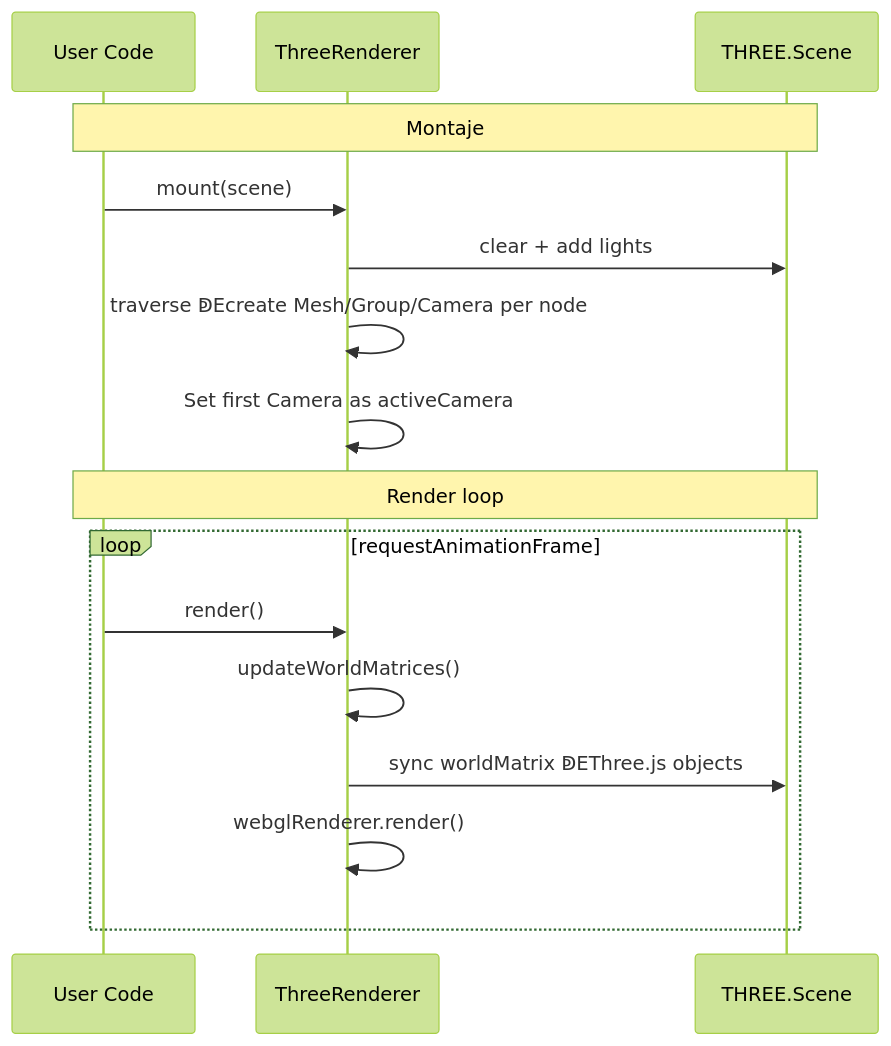
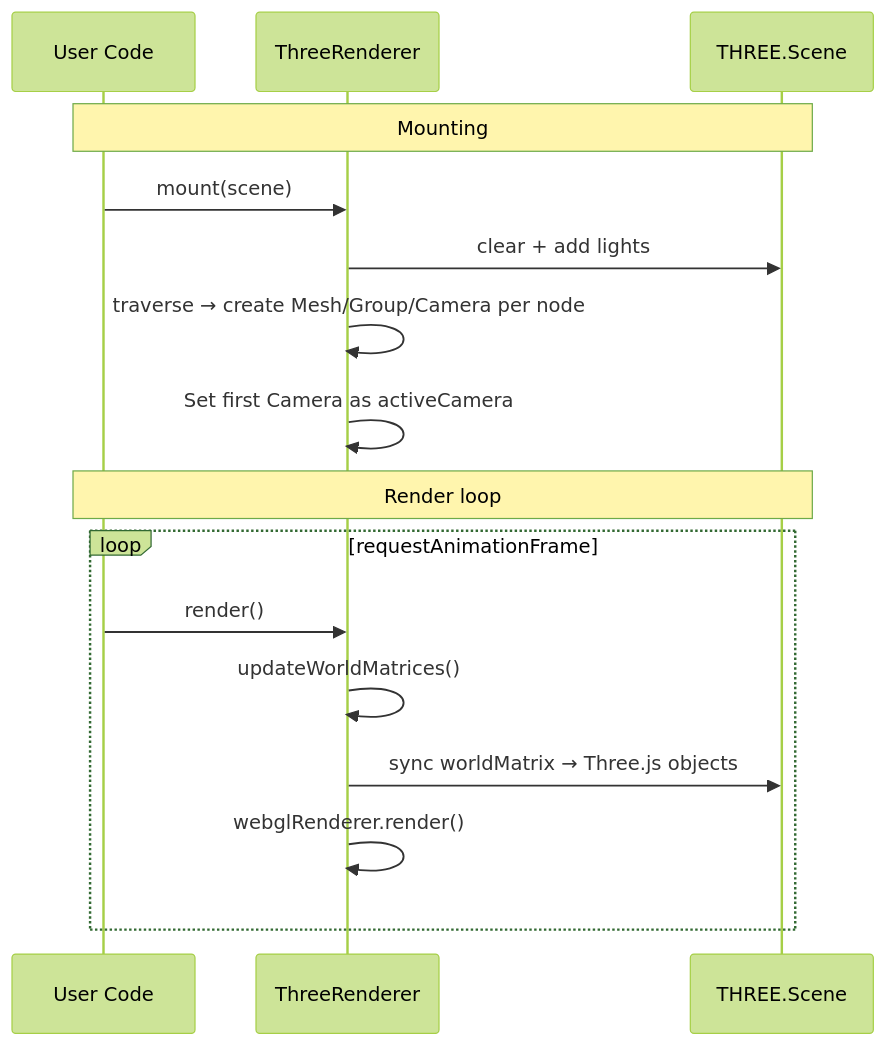
The second of 4 diagrams in docs/renderers.md (joshuacba08/oroya-animate), drawn with Mermaid (forest theme) before and after one commit. The commit also changed other lines of this file and 14 other files, not shown here.

````diff
--- a/docs/renderers.md
+++ b/docs/renderers.md
@@ -69,20 +69,20 @@
 ```mermaid
 sequenceDiagram
     participant U as User Code
     participant TR as ThreeRenderer
     participant TS as THREE.Scene
 
-    Note over U,TS: Montaje
+    Note over U,TS: Mounting
     U->>TR: mount(scene)
     TR->>TS: clear + add lights
-    TR->>TR: traverse ↁEcreate Mesh/Group/Camera per node
+    TR->>TR: traverse → create Mesh/Group/Camera per node
     TR->>TR: Set first Camera as activeCamera
 
     Note over U,TS: Render loop
     loop requestAnimationFrame
         U->>TR: render()
         TR->>TR: updateWorldMatrices()
-        TR->>TS: sync worldMatrix ↁEThree.js objects
+        TR->>TS: sync worldMatrix → Three.js objects
         TR->>TR: webglRenderer.render()
     end
 ```
````
